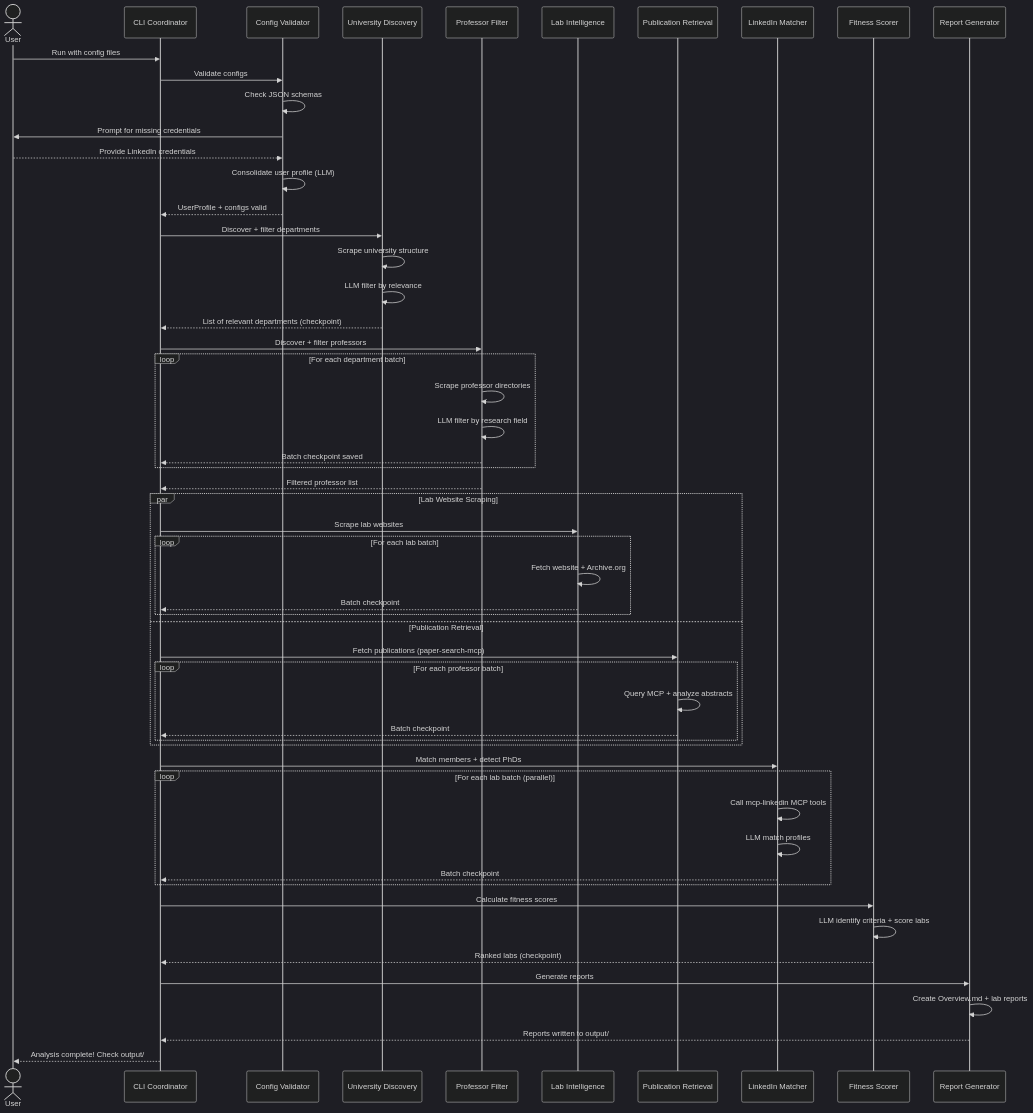
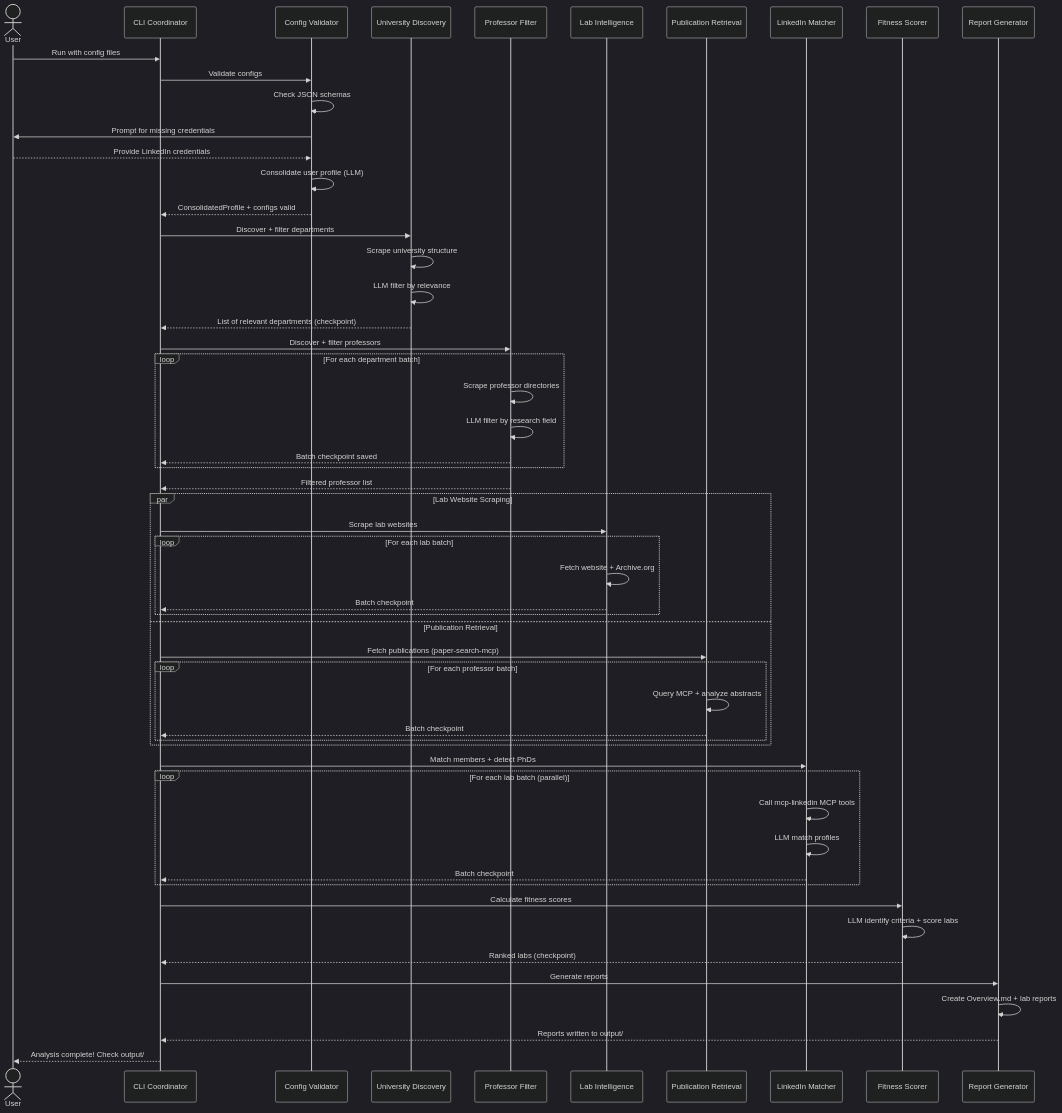
One commit to dingyifei/lab-finder changed the first of 4 diagrams in docs/architecture/core-workflows.md. Above: the diagram before and after it, drawn with Mermaid (dark theme). The commit also changed 23 other files, not shown here.

````diff
--- a/docs/architecture/core-workflows.md
+++ b/docs/architecture/core-workflows.md
@@ -5,65 +5,65 @@
 ```mermaid
 sequenceDiagram
     actor User
     participant CLI as CLI Coordinator
     participant Validator as Config Validator
     participant UnivAgent as University Discovery
     participant ProfAgent as Professor Filter
     participant LabAgent as Lab Intelligence
     participant PubAgent as Publication Retrieval
     participant LinkedInAgent as LinkedIn Matcher
     participant Scorer as Fitness Scorer
     participant Reporter as Report Generator
 
     User->>CLI: Run with config files
     CLI->>Validator: Validate configs
     Validator->>Validator: Check JSON schemas
     Validator->>User: Prompt for missing credentials
     User-->>Validator: Provide LinkedIn credentials
     Validator->>Validator: Consolidate user profile (LLM)
-    Validator-->>CLI: UserProfile + configs valid
+    Validator-->>CLI: ConsolidatedProfile + configs valid
 
     CLI->>UnivAgent: Discover + filter departments
     UnivAgent->>UnivAgent: Scrape university structure
     UnivAgent->>UnivAgent: LLM filter by relevance
     UnivAgent-->>CLI: List of relevant departments (checkpoint)
 
     CLI->>ProfAgent: Discover + filter professors
     loop For each department batch
         ProfAgent->>ProfAgent: Scrape professor directories
         ProfAgent->>ProfAgent: LLM filter by research field
         ProfAgent-->>CLI: Batch checkpoint saved
     end
     ProfAgent-->>CLI: Filtered professor list
 
     par Lab Website Scraping
         CLI->>LabAgent: Scrape lab websites
         loop For each lab batch
             LabAgent->>LabAgent: Fetch website + Archive.org
             LabAgent-->>CLI: Batch checkpoint
         end
     and Publication Retrieval
         CLI->>PubAgent: Fetch publications (paper-search-mcp)
         loop For each professor batch
             PubAgent->>PubAgent: Query MCP + analyze abstracts
             PubAgent-->>CLI: Batch checkpoint
         end
     end
 
     CLI->>LinkedInAgent: Match members + detect PhDs
     loop For each lab batch (parallel)
         LinkedInAgent->>LinkedInAgent: Call mcp-linkedin MCP tools
         LinkedInAgent->>LinkedInAgent: LLM match profiles
         LinkedInAgent-->>CLI: Batch checkpoint
     end
 
     CLI->>Scorer: Calculate fitness scores
     Scorer->>Scorer: LLM identify criteria + score labs
     Scorer-->>CLI: Ranked labs (checkpoint)
 
     CLI->>Reporter: Generate reports
     Reporter->>Reporter: Create Overview.md + lab reports
     Reporter-->>CLI: Reports written to output/
 
     CLI-->>User: Analysis complete! Check output/
 ```
````
